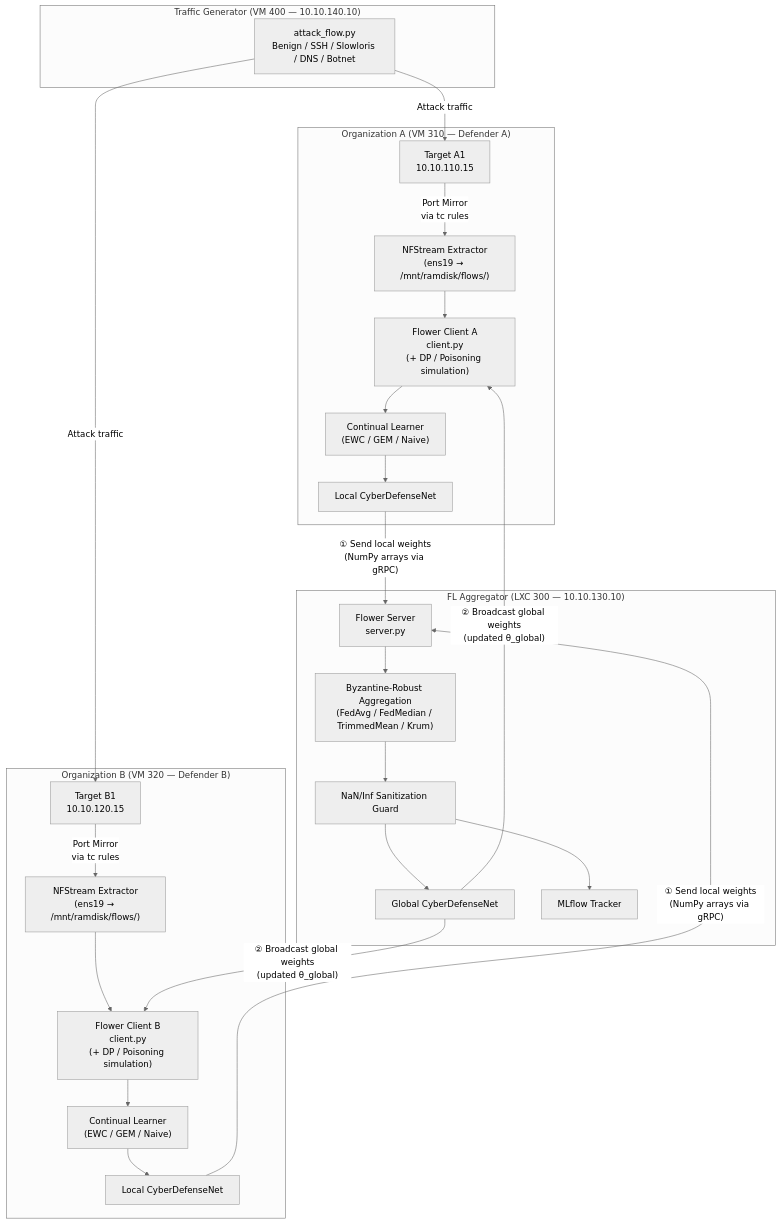
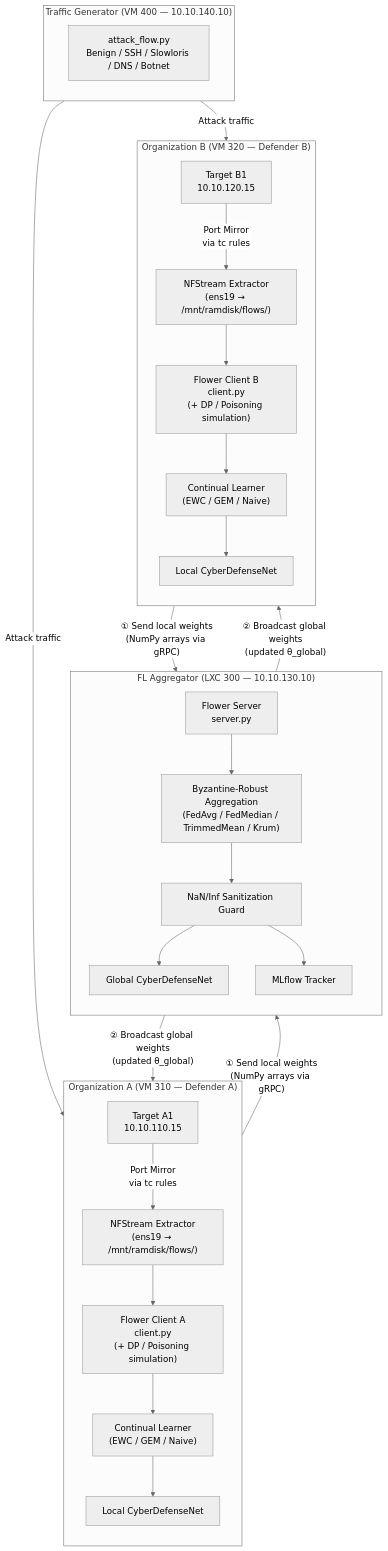
The first of 4 diagrams in docs/05_continual_learning_fcl.md (rhaffle87/fl-cl), drawn with Mermaid (neutral theme) before and after one commit. The commit also changed other lines of this file and 30 other files, not shown here.

Commit message:
feat: implement multi-architecture threat classification models and expand project documentation infrastructure

````diff
--- a/docs/05_continual_learning_fcl.md
+++ b/docs/05_continual_learning_fcl.md
@@ -25,38 +25,42 @@
 ```mermaid
 flowchart TD
- subgraph OrgA["Organization A (VM 310 — Defender A)"]
- TA["Target A1<br>10.10.110.15"] -->|Port Mirror<br>via tc rules| EA["NFStream Extractor<br>(ens19 → /mnt/ramdisk/flows/)"]
- EA --> CA["Flower Client A<br>client.py<br>(+ DP / Poisoning simulation)"]
- CA --> EWCA["Continual Learner<br>(EWC / GEM / Naive)"]
- EWCA --> NETA["Local CyberDefenseNet"]
- end
+    subgraph OrgA ["Organization A (VM 310 — Defender A)"]
+        direction TB
+        TA["Target A1<br>10.10.110.15"] -->|Port Mirror<br>via tc rules| EA["NFStream Extractor<br>(ens19 → /mnt/ramdisk/flows/)"]
+        EA --> CA["Flower Client A<br>client.py<br>(+ DP / Poisoning simulation)"]
+        CA --> EWCA["Continual Learner<br>(EWC / GEM / Naive)"]
+        EWCA --> NETA["Local CyberDefenseNet"]
+    end
 
- subgraph OrgB["Organization B (VM 320 — Defender B)"]
- TB["Target B1<br>10.10.120.15"] -->|Port Mirror<br>via tc rules| EB["NFStream Extractor<br>(ens19 → /mnt/ramdisk/flows/)"]
- EB --> CB["Flower Client B<br>client.py<br>(+ DP / Poisoning simulation)"]
- CB --> EWCB["Continual Learner<br>(EWC / GEM / Naive)"]
- EWCB --> NETB["Local CyberDefenseNet"]
- end
+    subgraph OrgB ["Organization B (VM 320 — Defender B)"]
+        direction TB
+        TB["Target B1<br>10.10.120.15"] -->|Port Mirror<br>via tc rules| EB["NFStream Extractor<br>(ens19 → /mnt/ramdisk/flows/)"]
+        EB --> CB["Flower Client B<br>client.py<br>(+ DP / Poisoning simulation)"]
+        CB --> EWCB["Continual Learner<br>(EWC / GEM / Naive)"]
+        EWCB --> NETB["Local CyberDefenseNet"]
+    end
 
- subgraph Aggregator["FL Aggregator (LXC 300 — 10.10.130.10)"]
- FS["Flower Server<br>server.py"]
- RA["Byzantine-Robust Aggregation<br>(FedAvg / FedMedian / TrimmedMean / Krum)"]
- SG["NaN/Inf Sanitization Guard"]
- GM["Global CyberDefenseNet"]
- ML["MLflow Tracker"]
- FS --> RA --> SG --> GM
- SG --> ML
- end
+    subgraph Aggregator ["FL Aggregator (LXC 300 — 10.10.130.10)"]
+        direction TB
+        FS["Flower Server<br>server.py"]
+        RA["Byzantine-Robust Aggregation<br>(FedAvg / FedMedian / TrimmedMean / Krum)"]
+        SG["NaN/Inf Sanitization Guard"]
+        GM["Global CyberDefenseNet"]
+        ML["MLflow Tracker"]
+        FS --> RA --> SG --> GM
+        SG --> ML
+    end
 
- subgraph TrafficGen["Traffic Generator (VM 400 — 10.10.140.10)"]
- TG["attack_flow.py<br>Benign / SSH / Slowloris / DNS / Botnet"]
- end
+    subgraph TrafficGen ["Traffic Generator (VM 400 — 10.10.140.10)"]
+        direction TB
+        TG["attack_flow.py<br>Benign / SSH / Slowloris / DNS / Botnet"]
+    end
 
- TG -->|Attack traffic| TA
- TG -->|Attack traffic| TB
+    TG -->|Attack traffic| TA
+    TG -->|Attack traffic| TB
 
- NETA -->|"① Send local weights<br>(NumPy arrays via gRPC)"| FS
- NETB -->|"① Send local weights<br>(NumPy arrays via gRPC)"| FS
- GM -->|"② Broadcast global weights<br>(updated θ_global)"| CA
- GM -->|"② Broadcast global weights<br>(updated θ_global)"| CB
+    NETA -->|"① Send local weights<br>(NumPy arrays via gRPC)"| FS
+    NETB -->|"① Send local weights<br>(NumPy arrays via gRPC)"| FS
+    GM -->|"② Broadcast global weights<br>(updated θ_global)"| CA
+    GM -->|"② Broadcast global weights<br>(updated θ_global)"| CB
 ```
````
